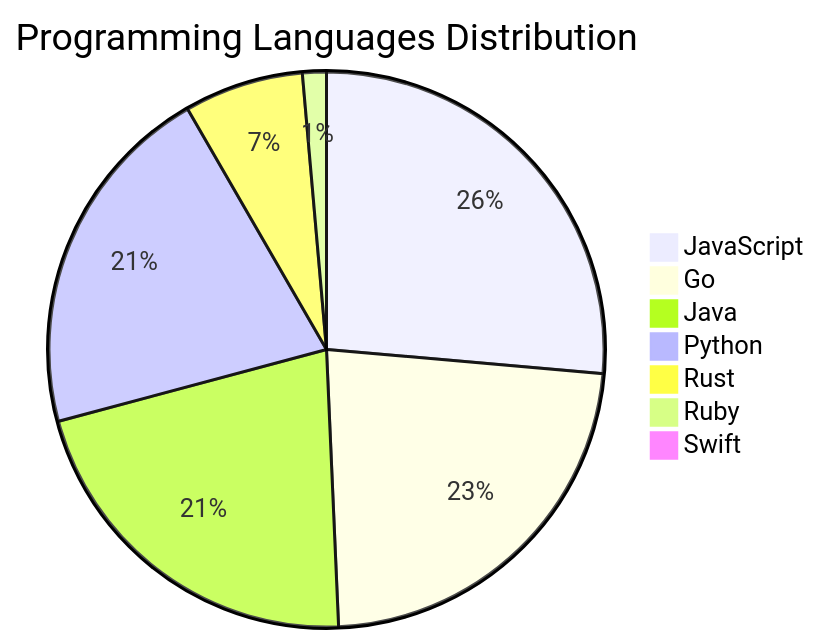
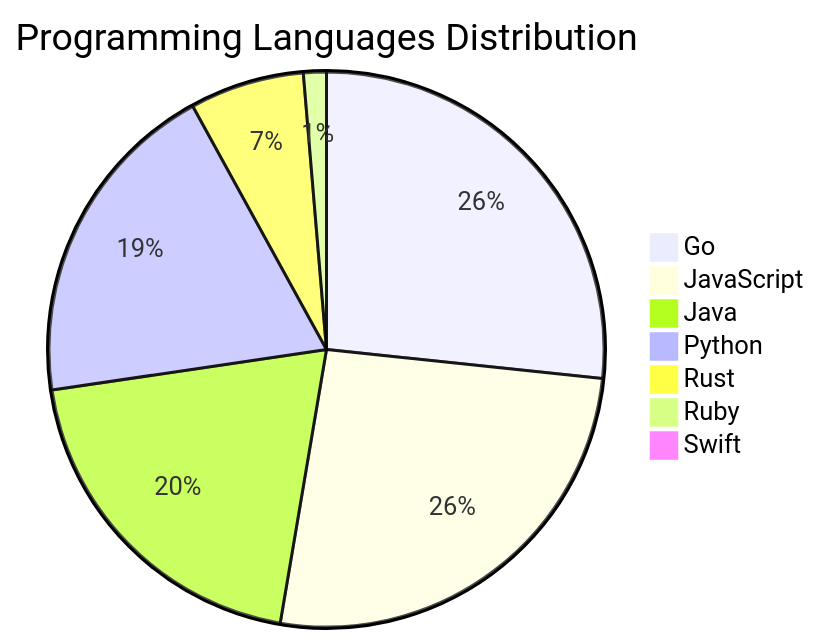
The diagram in README.md (Derrick-MUGISHA/github-activity-bot), drawn with Mermaid before and after one commit. The commit also changed other lines of this file and 4 other files, not shown here.

````diff
--- a/README.md
+++ b/README.md
@@ -207,10 +207,10 @@
 ```mermaid
 pie title Programming Languages Distribution
-    "JavaScript" : 38
-    "Go" : 33
-    "Java" : 31
-    "Python" : 30
+    "Go" : 40
+    "JavaScript" : 39
+    "Java" : 30
+    "Python" : 29
     "Rust" : 10
     "Ruby" : 2
     "Swift" : 1
 ```
````
